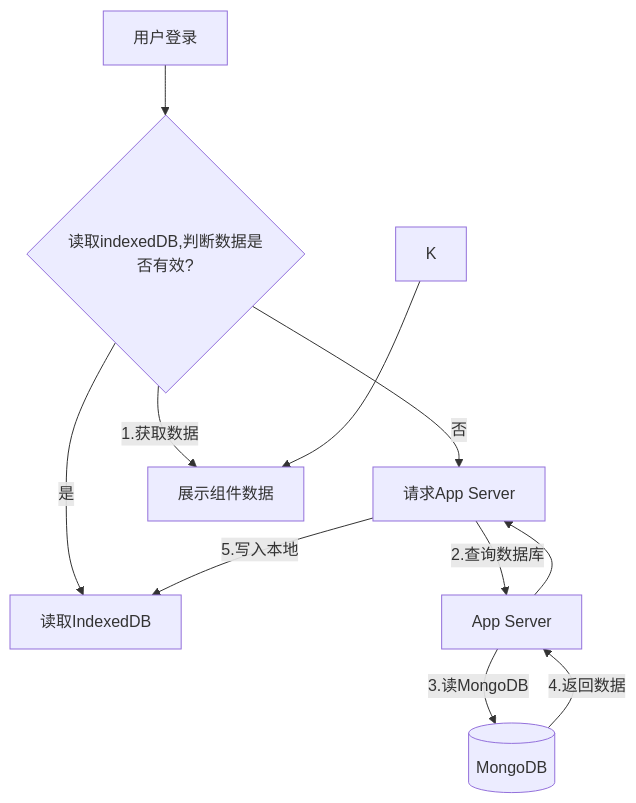
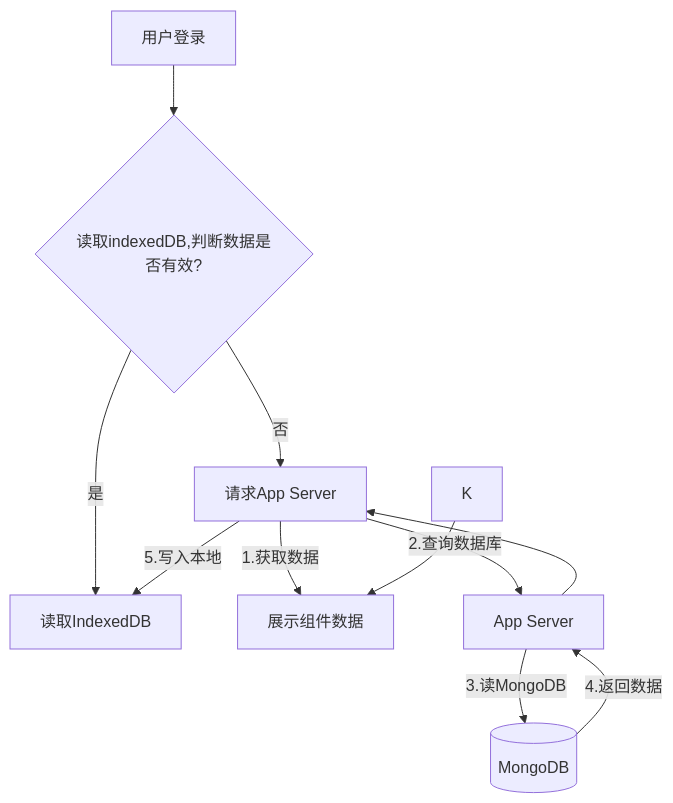
Before and after one commit to yingjianzh/iodraw-files: the diagram in all/未命名-22.md, drawn with Mermaid.

Commit message:
2025-02-18 16:08:09 update

````diff
--- a/all/未命名-22.md
+++ b/all/未命名-22.md
@@ -1,12 +1,12 @@
 ```mermaid
 graph TD
     A[用户登录] --> B{读取indexedDB,判断数据是否有效?}
     B -->|是| C[读取IndexedDB]
     B -->|否| D[请求App Server]
-    B -->|1.获取数据| E[展示组件数据]
+     -->|1.获取数据| E[展示组件数据]
     D -->|2.查询数据库| F[App Server]
     F -->|3.读MongoDB| G[(MongoDB)]
     G -->|4.返回数据| F --> D
     D -->|5.写入本地| C
     K --> E
 ```
````
